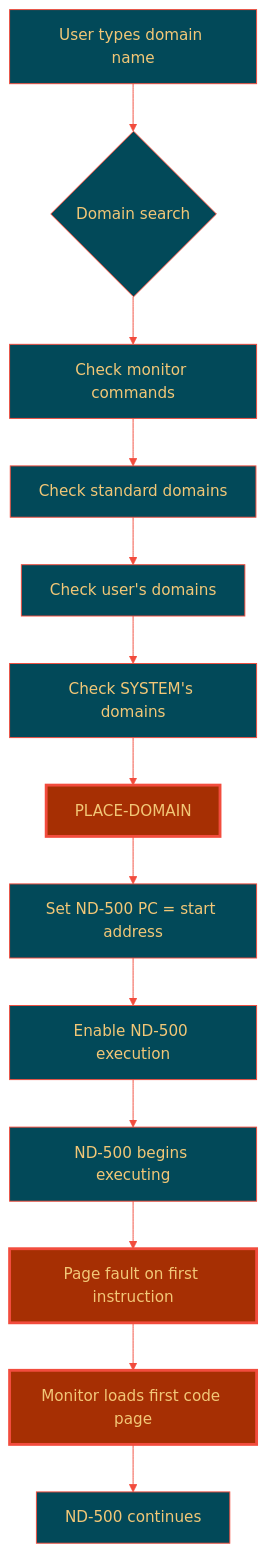
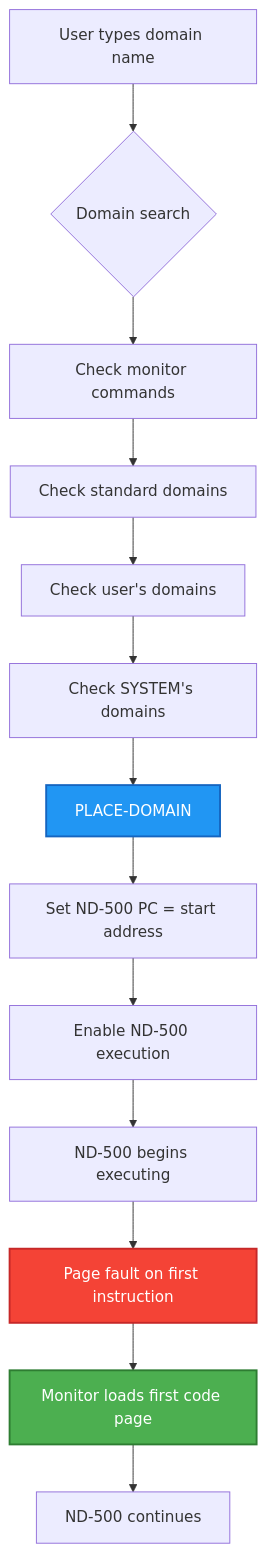
The fifth of 5 diagrams in SINTRAN/OS/09-ND500-CODE-LOADING.md (HackerCorpLabs/NDInsight), drawn with Mermaid before and after one commit. The commit also changed other lines of this file and 19 other files, not shown here.

Commit message:
Updated Mermaid diagrams

````diff
--- a/SINTRAN/OS/09-ND500-CODE-LOADING.md
+++ b/SINTRAN/OS/09-ND500-CODE-LOADING.md
@@ -427,26 +417,25 @@
 ```mermaid
-%%{init: {'theme':'base', 'themeVariables': {'primaryColor':'#024959','primaryTextColor':'#F2C777','primaryBorderColor':'#F24C3D','lineColor':'#F24C3D','secondaryColor':'#A62F03','tertiaryColor':'#F2E8C6'}}}%%
 flowchart TB
     A[User types domain name]
     B{Domain search}
     C1[Check monitor commands]
     C2[Check standard domains]
     C3[Check user's domains]
     C4[Check SYSTEM's domains]
     D[PLACE-DOMAIN]
     E[Set ND-500 PC = start address]
     F[Enable ND-500 execution]
     G[ND-500 begins executing]
     H[Page fault on first instruction]
     I[Monitor loads first code page]
     J[ND-500 continues]
-    
+
     A --> B
     B --> C1 --> C2 --> C3 --> C4
     C4 --> D --> E --> F --> G
     G --> H --> I --> J
-    
-    style D fill:#A62F03,stroke:#F24C3D,stroke-width:3px,color:#F2C777
-    style H fill:#A62F03,stroke:#F24C3D,stroke-width:3px,color:#F2C777
-    style I fill:#A62F03,stroke:#F24C3D,stroke-width:3px,color:#F2C777
+
+    style D fill:#2196F3,stroke:#1565C0,stroke-width:2px,color:#fff
+    style H fill:#F44336,stroke:#C62828,stroke-width:2px,color:#fff
+    style I fill:#4CAF50,stroke:#2E7D32,stroke-width:2px,color:#fff
 ```
````
